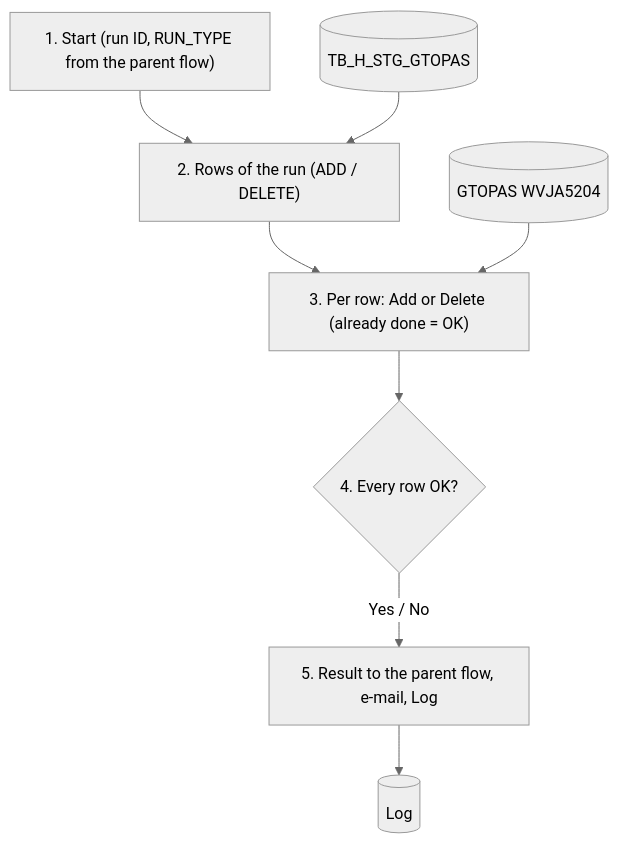
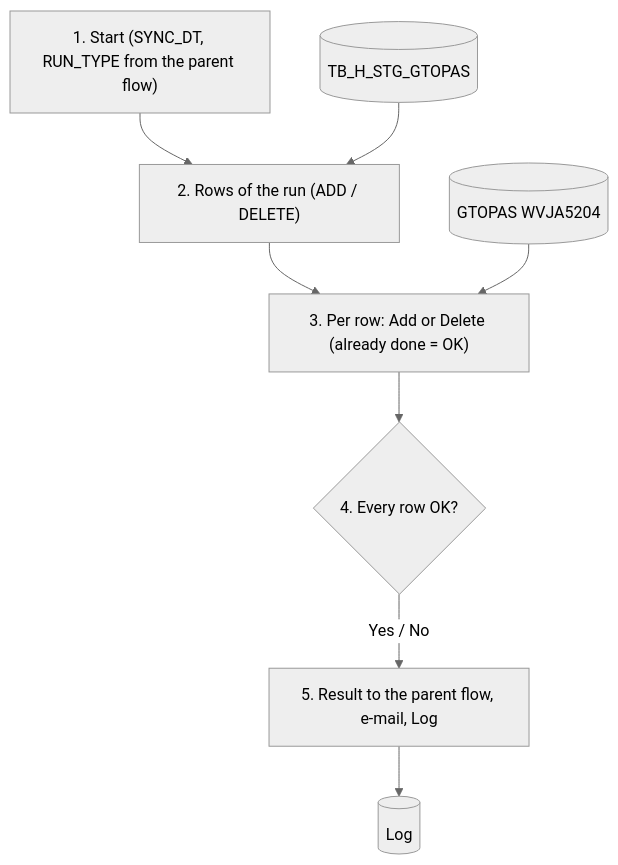
The diagram in prepare_code/uiss/XD06_Batch_IFCrossDockMasterToGTOPAS.md (ivanrayhannn/crossdockpoc), drawn with Mermaid (neutral theme) before and after one commit. The commit also changed other lines of this file and 46 other files, not shown here.

First line of the commit message:
Staging: run = SYNC_DT, SYNC_STATUS 0/1, one unsent row per key

````diff
--- a/prepare_code/uiss/XD06_Batch_IFCrossDockMasterToGTOPAS.md
+++ b/prepare_code/uiss/XD06_Batch_IFCrossDockMasterToGTOPAS.md
@@ -78,18 +79,18 @@
 ```mermaid
 flowchart TB
-  p1["1. Start (run ID, RUN_TYPE from the parent flow)"]
+  p1["1. Start (SYNC_DT, RUN_TYPE from the parent flow)"]
   src[("TB_H_STG_GTOPAS")]
   p2["2. Rows of the run (ADD / DELETE)"]
   gi[("GTOPAS WVJA5204")]
   p3["3. Per row: Add or Delete (already done = OK)"]
   d{"4. Every row OK?"}
   p5["5. Result to the parent flow, e-mail, Log"]
   log[("Log")]
   p1 --> p2
   src --> p2
   p2 --> p3
   gi --> p3
   p3 --> d
   d -->|Yes / No| p5
   p5 --> log
 ```
````
